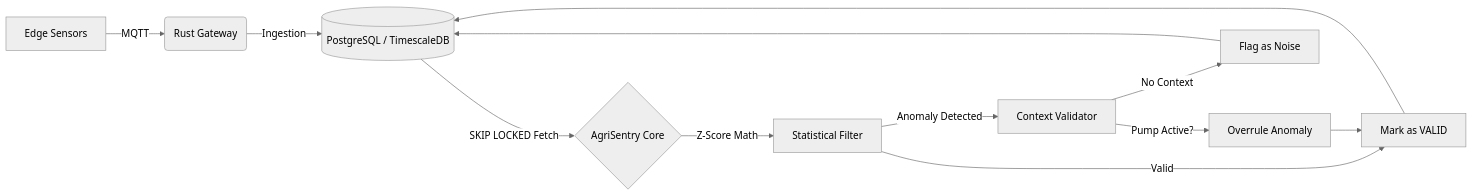
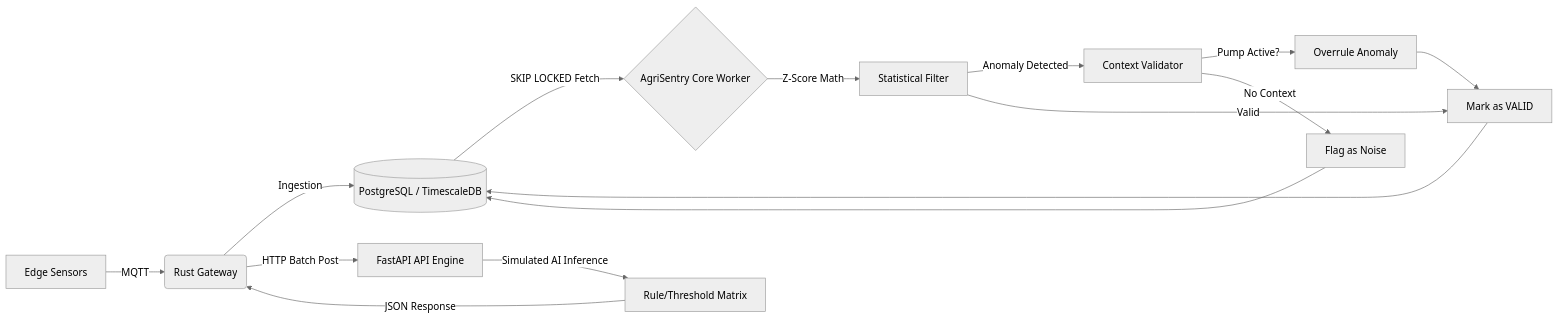
The diagram in README.md (arleujr/agrisentry-core), drawn with Mermaid (neutral theme) before and after one commit. The commit also changed other lines of this file, not shown here.

````diff
--- a/README.md
+++ b/README.md
@@ -14,14 +13,18 @@
 ```mermaid
 graph LR
     A[Edge Sensors] -->|MQTT| B(Rust Gateway)
     B -->|Ingestion| C[(PostgreSQL / TimescaleDB)]
-    C -->|SKIP LOCKED Fetch| D{AgriSentry Core}
+    C -->|SKIP LOCKED Fetch| D{AgriSentry Core Worker}
+    B -->|HTTP Batch Post| K[FastAPI API Engine]
+    K -->|Simulated AI Inference| L[Rule/Threshold Matrix]
     D -->|Z-Score Math| E[Statistical Filter]
     E -->|Anomaly Detected| F[Context Validator]
     F -->|Pump Active?| G[Overrule Anomaly]
     F -->|No Context| H[Flag as Noise]
     E -->|Valid| I[Mark as VALID]
     G --> I
     I --> C
     H --> C
+    L -->|JSON Response| B
+
 ```
````
